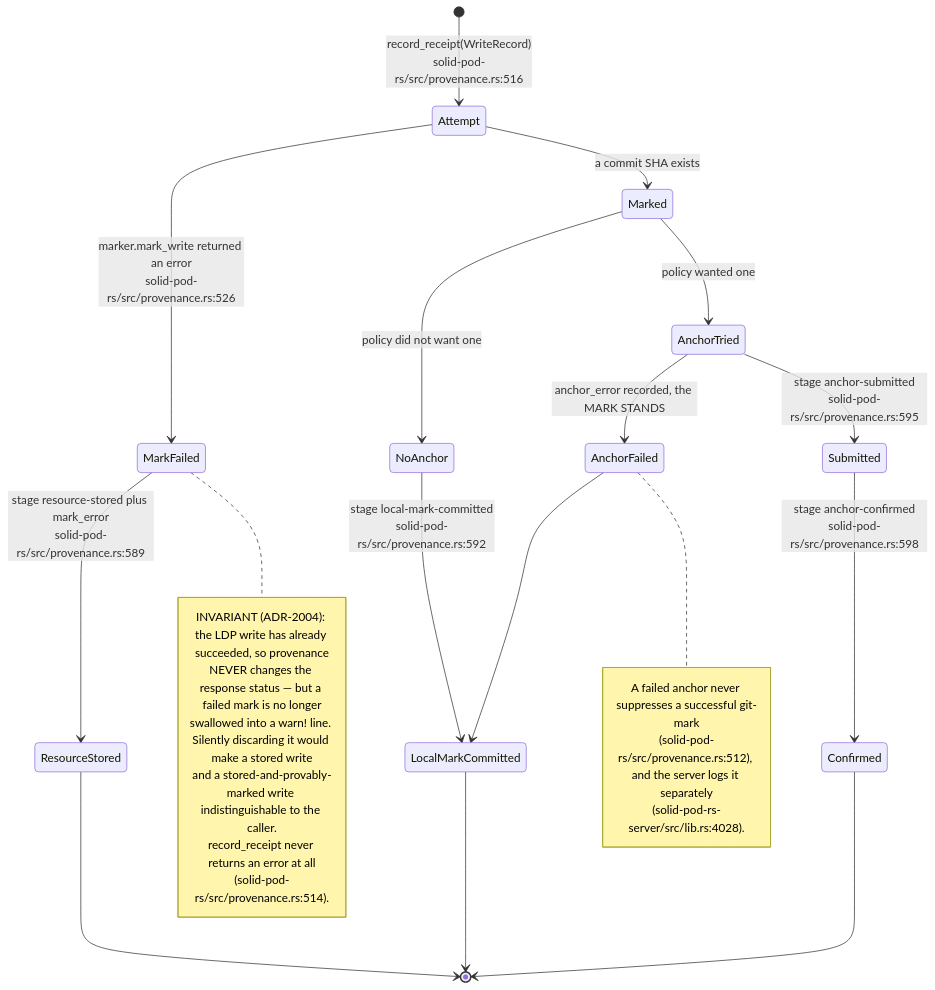
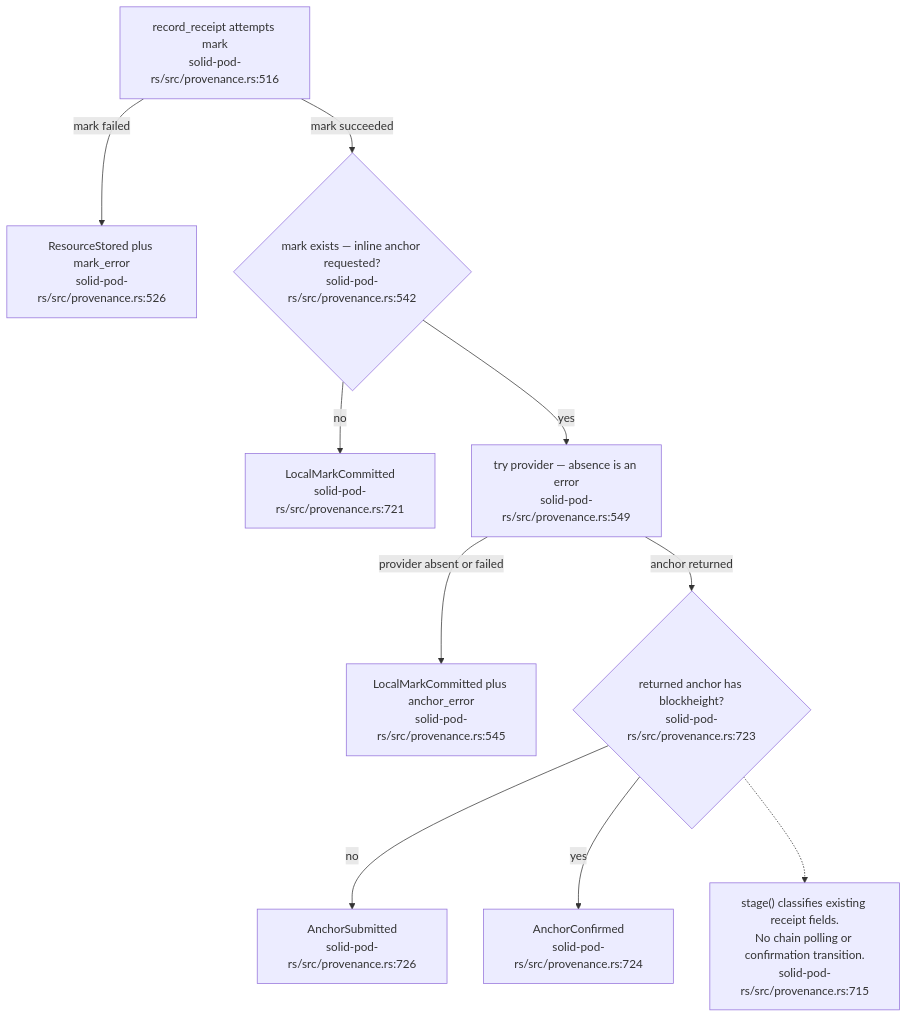
The fourth of 19 diagrams in docs/diagrams/solid-pod-rs/07-provenance-and-payments.md (DreamLab-AI/VisionFlow), drawn with Mermaid before and after one commit. The commit also changed other lines of this file and 32 other files, not shown here.

Commit message:
docs: audit Solid provenance receipt and mutation gaps

````diff
--- a/docs/diagrams/solid-pod-rs/07-provenance-and-payments.md
+++ b/docs/diagrams/solid-pod-rs/07-provenance-and-payments.md
@@ -130,34 +119,22 @@
 ```mermaid
-stateDiagram-v2
-    [*] --> Attempt: record_receipt(WriteRecord)<br/>solid-pod-rs/src/provenance.rs:516
-    Attempt --> MarkFailed: marker.mark_write returned an error<br/>solid-pod-rs/src/provenance.rs:526
-    Attempt --> Marked: a commit SHA exists
-
-    MarkFailed --> ResourceStored: stage resource-stored plus mark_error<br/>solid-pod-rs/src/provenance.rs:589
-    Marked --> NoAnchor: policy did not want one
-    Marked --> AnchorTried: policy wanted one
-
-    NoAnchor --> LocalMarkCommitted: stage local-mark-committed<br/>solid-pod-rs/src/provenance.rs:592
-    AnchorTried --> AnchorFailed: anchor_error recorded, the MARK STANDS
-    AnchorTried --> Submitted: stage anchor-submitted<br/>solid-pod-rs/src/provenance.rs:595
-    Submitted --> Confirmed: stage anchor-confirmed<br/>solid-pod-rs/src/provenance.rs:598
-    AnchorFailed --> LocalMarkCommitted
-
-    ResourceStored --> [*]
-    LocalMarkCommitted --> [*]
-    Confirmed --> [*]
-
-    note right of MarkFailed
-      INVARIANT (ADR-2004): the LDP write has already succeeded, so provenance
-      NEVER changes the response status — but a failed mark is no longer
-      swallowed into a warn! line. Silently discarding it would make a stored write
-      and a stored-and-provably-marked write indistinguishable to the caller.
-      record_receipt never returns an error at all
-      (solid-pod-rs/src/provenance.rs:514).
-    end note
-    note right of AnchorFailed
-      A failed anchor never suppresses a successful git-mark
-      (solid-pod-rs/src/provenance.rs:512), and the server logs it separately
-      (solid-pod-rs-server/src/lib.rs:4028).
-    end note
+flowchart TD
+    R["record_receipt attempts mark<br/>solid-pod-rs/src/provenance.rs:516"]
+    FAIL["ResourceStored plus mark_error<br/>solid-pod-rs/src/provenance.rs:526"]
+    WANT{"mark exists — inline anchor requested?<br/>solid-pod-rs/src/provenance.rs:542"}
+    LOCAL["LocalMarkCommitted<br/>solid-pod-rs/src/provenance.rs:721"]
+    TRY["try provider — absence is an error<br/>solid-pod-rs/src/provenance.rs:549"]
+    ERR["LocalMarkCommitted plus anchor_error<br/>solid-pod-rs/src/provenance.rs:545"]
+    CLASS{"returned anchor has blockheight?<br/>solid-pod-rs/src/provenance.rs:723"}
+    SUB["AnchorSubmitted<br/>solid-pod-rs/src/provenance.rs:726"]
+    CONF["AnchorConfirmed<br/>solid-pod-rs/src/provenance.rs:724"]
+    R -- mark failed --> FAIL
+    R -- mark succeeded --> WANT
+    WANT -- no --> LOCAL
+    WANT -- yes --> TRY
+    TRY -- provider absent or failed --> ERR
+    TRY -- anchor returned --> CLASS
+    CLASS -- no --> SUB
+    CLASS -- yes --> CONF
+    N["stage() classifies existing receipt fields.<br/>No chain polling or confirmation transition.<br/>solid-pod-rs/src/provenance.rs:715"]
+    CLASS -.-> N
 ```
````
